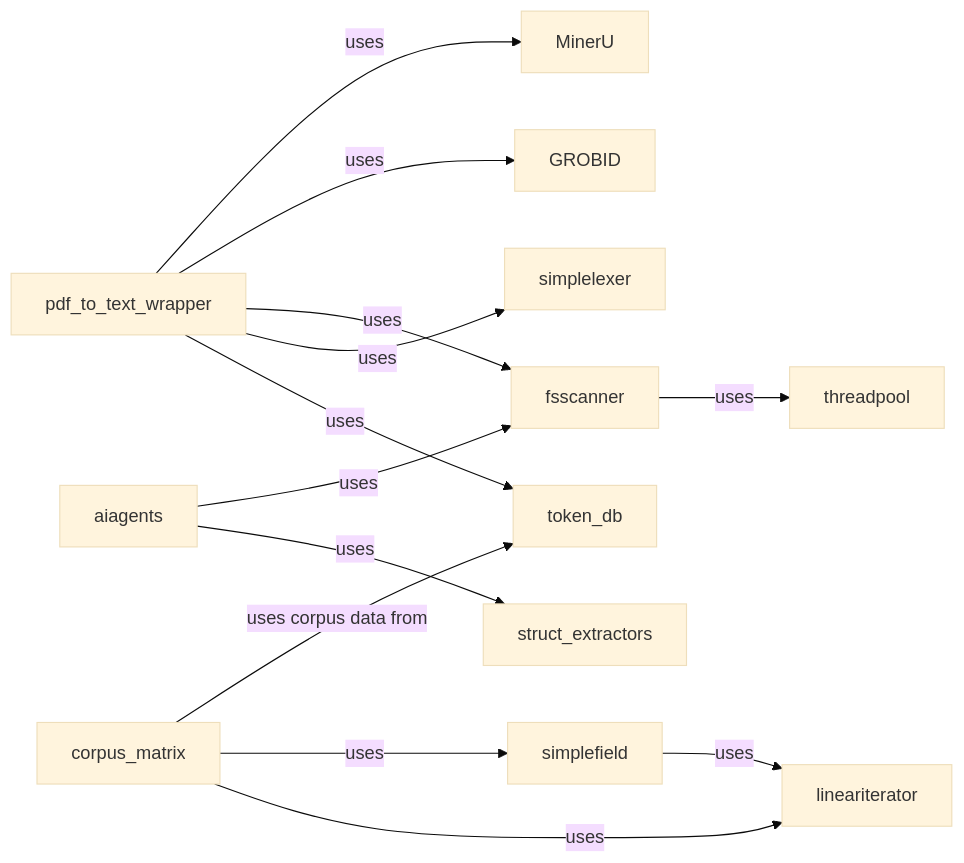
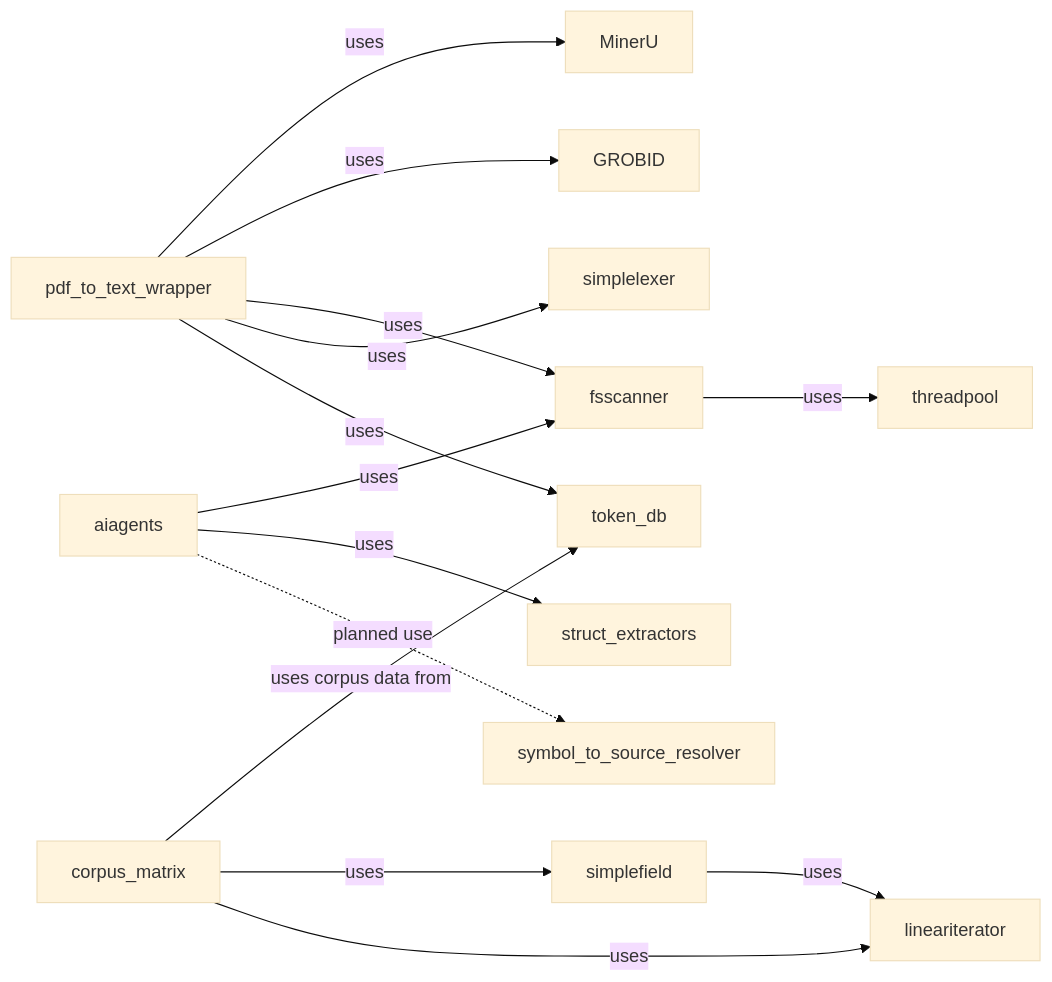
The sixth of 6 diagrams in README.md (witold-k/witold-k), drawn with Mermaid (base theme) before and after one commit. The commit also changed other lines of this file and 1 other file, not shown here.

Commit message:
[assistant] Document planned symbol-to-source resolver integration

````diff
--- a/README.md
+++ b/README.md
@@ -151,15 +155,16 @@
 ```mermaid
 flowchart LR
     SF[simplefield] -->|uses| LI[lineariterator]
     PDF[pdf_to_text_wrapper] -->|uses| MU[MinerU]
     PDF -->|uses| GR[GROBID]
     PDF -->|uses| FS[fsscanner]
     FS -->|uses| TP[threadpool]
     PDF -->|uses| LX[simplelexer]
     PDF -->|uses| T[token_db]
     CM[corpus_matrix] -->|uses corpus data from| T
     CM -->|uses| SF
     CM -->|uses| LI
     A[aiagents] -->|uses| FS
     A -->|uses| SE[struct_extractors]
+    A -.->|planned use| SSR[symbol_to_source_resolver]
 ```
````
